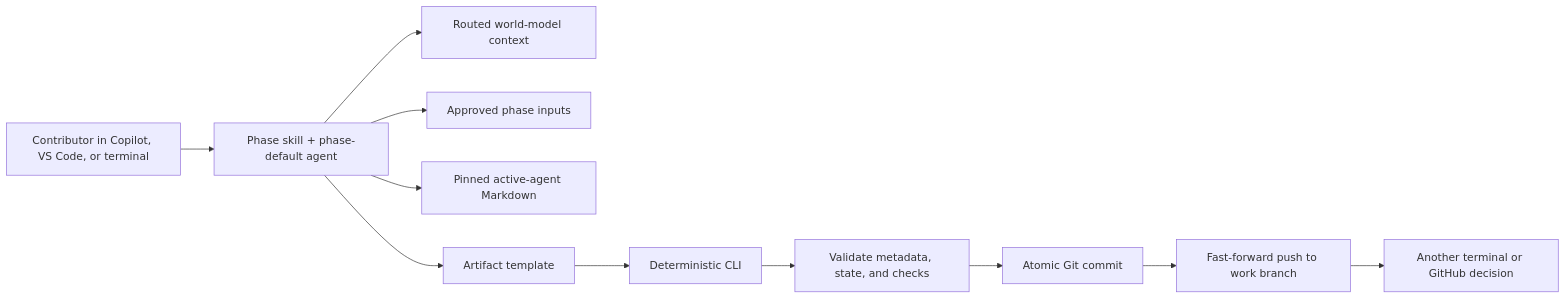
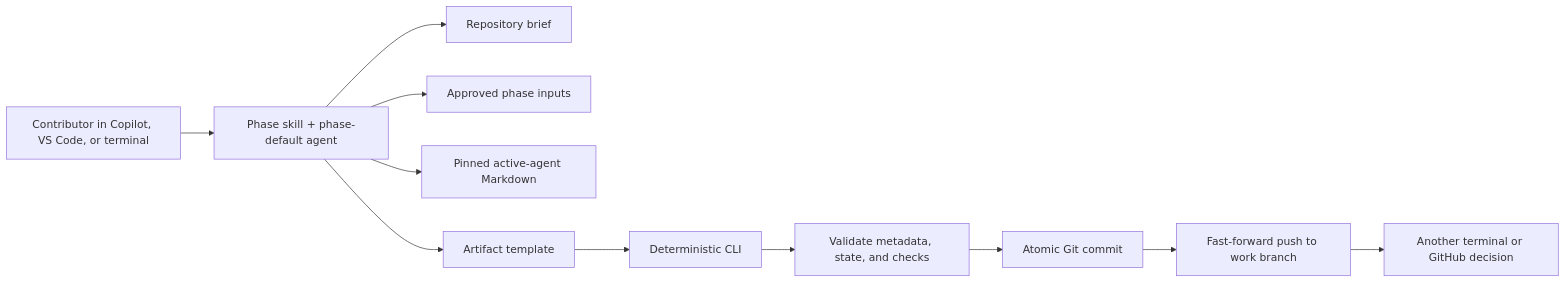
The third of 4 diagrams in ARCHITECTURE.md (ashokraj2011/singularityflow), drawn with Mermaid before and after one commit. The commit also changed other lines of this file and 93 other files, not shown here.

````diff
--- a/ARCHITECTURE.md
+++ b/ARCHITECTURE.md
@@ -125,13 +125,13 @@
 ```mermaid
 flowchart LR
   U["Contributor in Copilot, VS Code, or terminal"] --> S["Phase skill + phase-default agent"]
-  S --> W["Routed world-model context"]
+  S --> W["Repository brief"]
   S --> I["Approved phase inputs"]
   S --> D["Pinned active-agent Markdown"]
   S --> A["Artifact template"]
   A --> C["Deterministic CLI"]
   C --> V["Validate metadata, state, and checks"]
   V --> G["Atomic Git commit"]
   G --> R["Fast-forward push to work branch"]
   R --> O["Another terminal or GitHub decision"]
 ```
````
